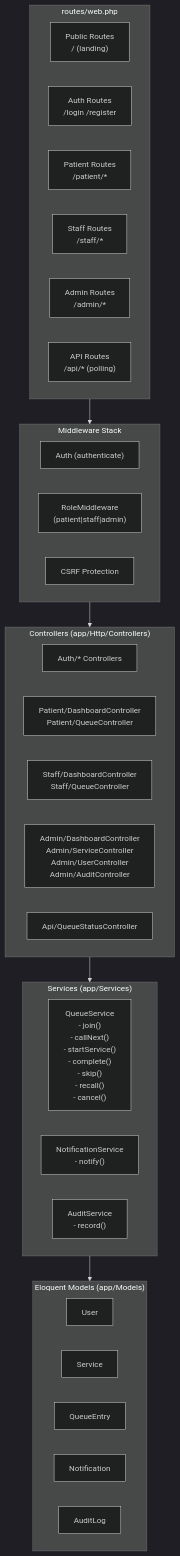
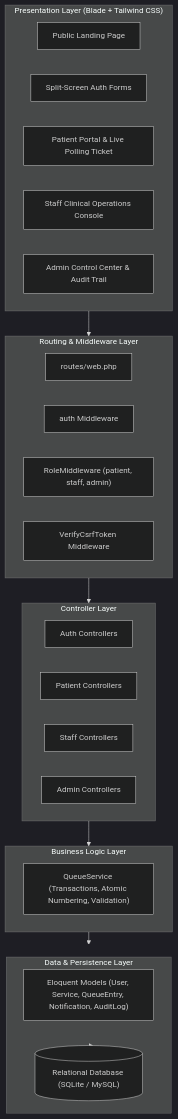
One commit to mhiskall282/MediQueue changed the seventh of 7 diagrams in docs/system-design.md. Above: the diagram before and after it, drawn with Mermaid (dark theme). The commit also changed other lines of this file and 1 other file, not shown here.

Commit message:
docs: clean and standardize Mermaid diagrams; add comprehensive SmokeTest across all roles

````diff
--- a/docs/system-design.md
+++ b/docs/system-design.md
@@ -292,44 +280,39 @@
 ```mermaid
-graph TB
-    subgraph Routes["routes/web.php"]
-        R1["Public Routes\n/ (landing)"]
-        R2["Auth Routes\n/login /register"]
-        R3["Patient Routes\n/patient/*"]
-        R4["Staff Routes\n/staff/*"]
-        R5["Admin Routes\n/admin/*"]
-        R6["API Routes\n/api/* (polling)"]
+flowchart TD
+    subgraph Client["Presentation Layer (Blade + Tailwind CSS)"]
+        UI_PUBLIC["Public Landing Page"]
+        UI_AUTH["Split-Screen Auth Forms"]
+        UI_PATIENT["Patient Portal & Live Polling Ticket"]
+        UI_STAFF["Staff Clinical Operations Console"]
+        UI_ADMIN["Admin Control Center & Audit Trail"]
     end
 
-    subgraph Middleware["Middleware Stack"]
-        M1["Auth (authenticate)"]
-        M2["RoleMiddleware\n(patient|staff|admin)"]
-        M3["CSRF Protection"]
+    subgraph Routing["Routing & Middleware Layer"]
+        ROUTES["routes/web.php"]
+        AUTH_MID["auth Middleware"]
+        ROLE_MID["RoleMiddleware (patient, staff, admin)"]
+        CSRF_MID["VerifyCsrfToken Middleware"]
     end
 
-    subgraph Controllers["Controllers (app/Http/Controllers)"]
-        C1["Auth/* Controllers"]
-        C2["Patient/DashboardController\nPatient/QueueController"]
-        C3["Staff/DashboardController\nStaff/QueueController"]
-        C4["Admin/DashboardController\nAdmin/ServiceController\nAdmin/UserController\nAdmin/AuditController"]
-        C5["Api/QueueStatusController"]
+    subgraph Controllers["Controller Layer"]
+        C_AUTH["Auth Controllers"]
+        C_PAT["Patient Controllers"]
+        C_STF["Staff Controllers"]
+        C_ADM["Admin Controllers"]
     end
 
-    subgraph Services["Services (app/Services)"]
-        S1["QueueService\n- join()\n- callNext()\n- startService()\n- complete()\n- skip()\n- recall()\n- cancel()"]
-        S2["NotificationService\n- notify()"]
-        S3["AuditService\n- record()"]
+    subgraph ServiceLayer["Business Logic Layer"]
+        QS["QueueService (Transactions, Atomic Numbering, Validation)"]
     end
 
-    subgraph Models["Eloquent Models (app/Models)"]
-        MOD1["User"]
-        MOD2["Service"]
-        MOD3["QueueEntry"]
-        MOD4["Notification"]
-        MOD5["AuditLog"]
+    subgraph DataLayer["Data & Persistence Layer"]
+        MODELS["Eloquent Models (User, Service, QueueEntry, Notification, AuditLog)"]
+        DB_STORE[("Relational Database (SQLite / MySQL)")]
     end
 
-    Routes --> Middleware
-    Middleware --> Controllers
-    Controllers --> Services
-    Services --> Models
+    Client --> Routing
+    Routing --> Controllers
+    Controllers --> ServiceLayer
+    ServiceLayer --> DataLayer
+    DataLayer --> DB_STORE
 ```
````
